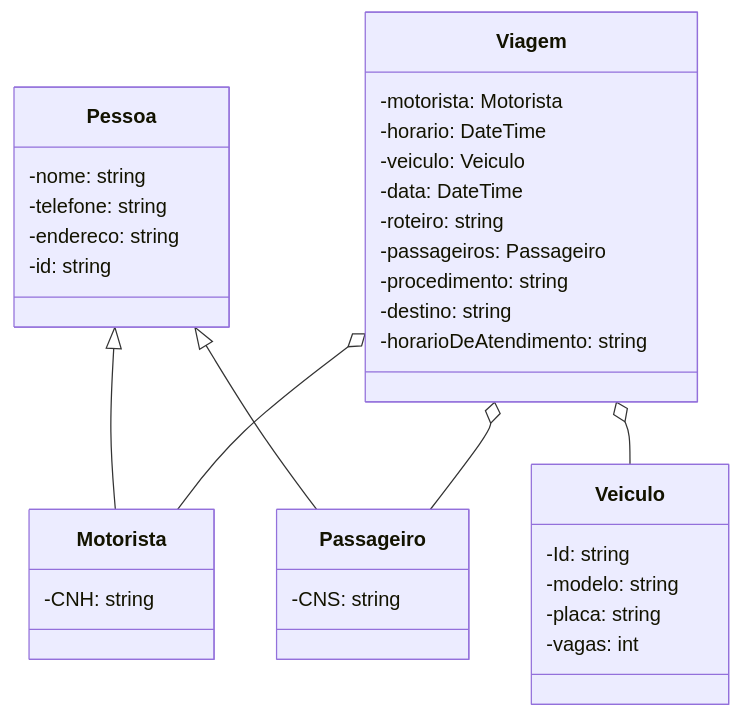
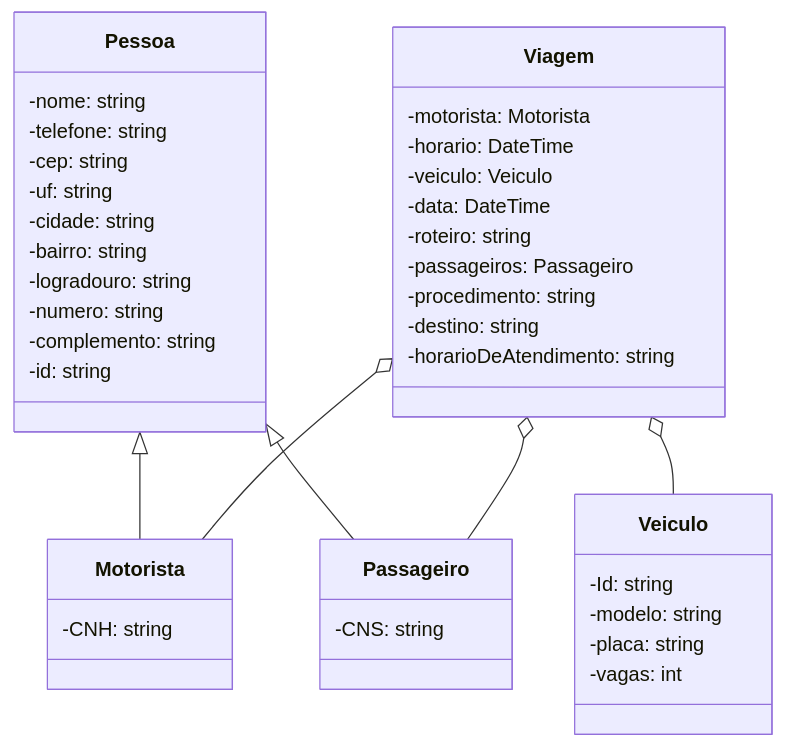
The first of 2 diagrams in README.md (KleitonMQ/CONTRAVI), drawn with Mermaid before and after one commit. The commit also changed other lines of this file and 5 other files, not shown here.

Commit message:
adicao da classe pessoa, subdividido endereco nos diagramas.

````diff
--- a/README.md
+++ b/README.md
@@ -6,43 +6,49 @@
 ```mermaid
 classDiagram
     Pessoa <|-- Motorista
     Pessoa <|-- Passageiro
     
     class Pessoa {
         -nome: string
         -telefone: string
-        -endereco: string
+        -cep: string
+        -uf: string
+        -cidade: string
+        -bairro: string
+        -logradouro: string
+        -numero: string
+        -complemento: string
         -id: string
     }
 
     class Motorista {
         -CNH: string
     }
 
     class Passageiro {
         -CNS: string
     }
 
     class Veiculo {
         -Id: string
         -modelo: string
         -placa: string
         -vagas: int
     }
 
     class Viagem {
         -motorista: Motorista
         -horario: DateTime
         -veiculo: Veiculo
         -data: DateTime
         -roteiro: string
         -passageiros: Passageiro
         -procedimento: string
         -destino: string
         -horarioDeAtendimento: string
     }
 
     Viagem o-- Veiculo
     Viagem o-- Motorista
     Viagem o-- Passageiro
 ```
````
